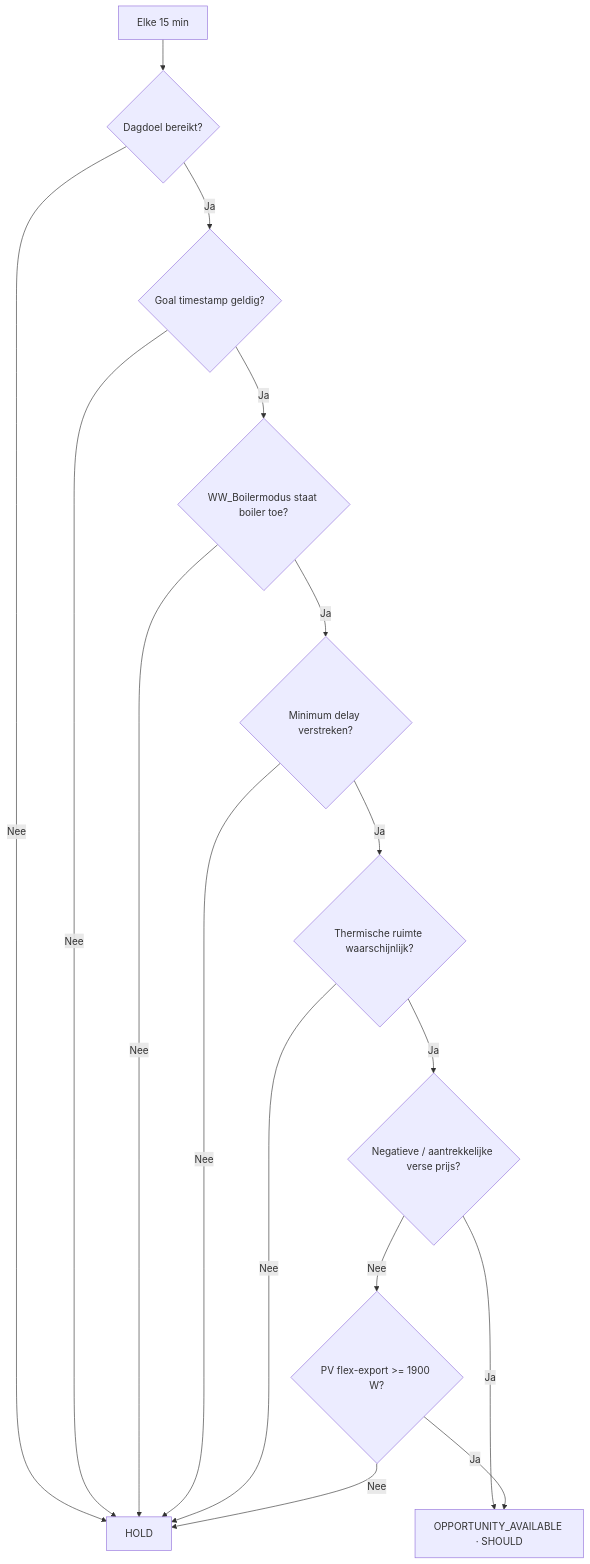
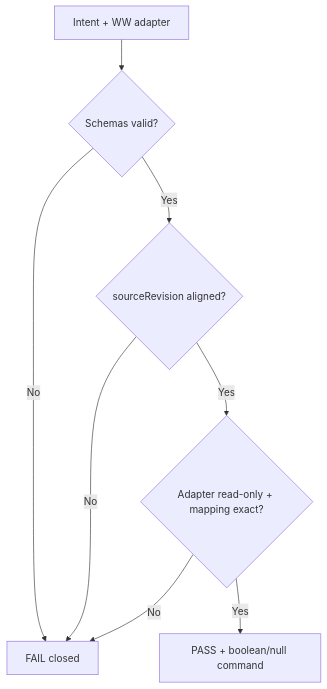
One commit to OnsKasteeltje/homey-energy-manual changed the third of 4 diagrams in docs/software-architecture/flows/boiler-flow.md. Above: the diagram before and after it, drawn with Mermaid. The commit also changed other lines of this file, not shown here.

Commit message:
docs: align warm-water flow diagrams with live WW production chain

````diff
--- a/docs/software-architecture/flows/boiler-flow.md
+++ b/docs/software-architecture/flows/boiler-flow.md
@@ -228,18 +102,10 @@
 ```mermaid
 flowchart TD
-    A[Elke 15 min] --> B{Dagdoel bereikt?}
-    B -->|Nee| Z[HOLD]
-    B -->|Ja| C{Goal timestamp geldig?}
-    C -->|Nee| Z
-    C -->|Ja| D{WW_Boilermodus staat boiler toe?}
-    D -->|Nee| Z
-    D -->|Ja| E{Minimum delay verstreken?}
-    E -->|Nee| Z
-    E -->|Ja| F{Thermische ruimte waarschijnlijk?}
-    F -->|Nee| Z
-    F -->|Ja| G{Negatieve / aantrekkelijke verse prijs?}
-    G -->|Ja| H[OPPORTUNITY_AVAILABLE · SHOULD]
-    G -->|Nee| I{PV flex-export >= 1900 W?}
-    I -->|Ja| H
-    I -->|Nee| Z
+    A[Intent + WW adapter] --> B{Schemas valid?}
+    B -->|No| X[FAIL closed]
+    B -->|Yes| C{sourceRevision aligned?}
+    C -->|No| X
+    C -->|Yes| D{Adapter read-only + mapping exact?}
+    D -->|No| X
+    D -->|Yes| E[PASS + boolean/null command]
 ```
````
